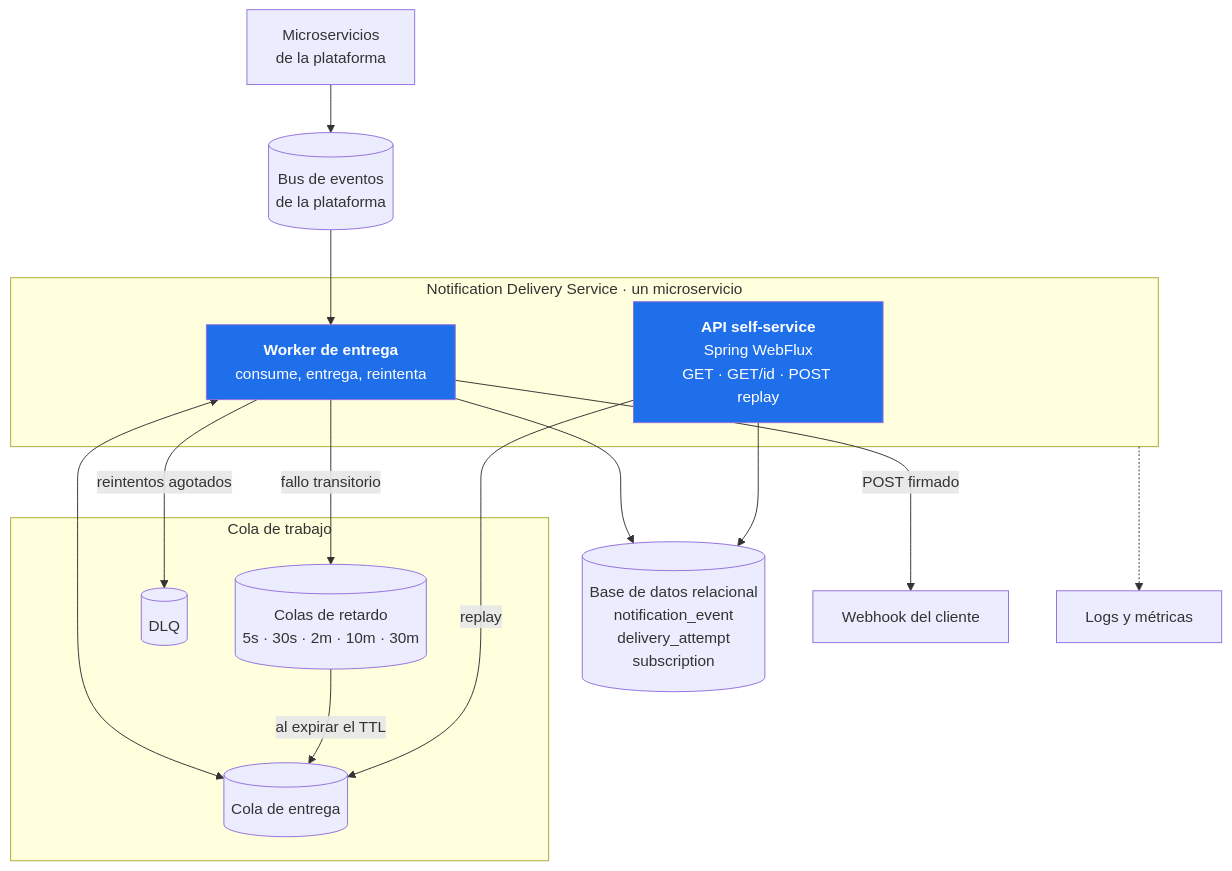
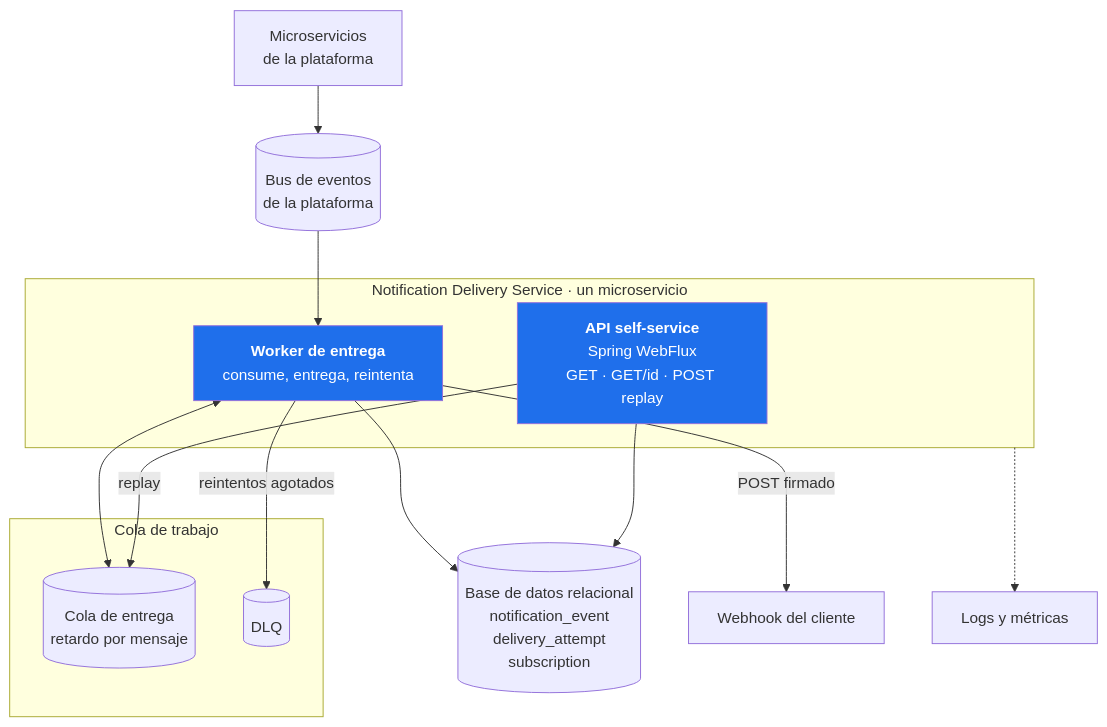
The second of 7 diagrams in docs/01-diseno-del-sistema.md (ssalaza7/cobre-notification-delivery), drawn with Mermaid before and after one commit. The commit also changed other lines of this file and 2 other files, not shown here.

````diff
--- a/docs/01-diseno-del-sistema.md
+++ b/docs/01-diseno-del-sistema.md
@@ -64,35 +54,31 @@
 ```mermaid
 flowchart TB
     platform["Microservicios<br/>de la plataforma"]
-
     bus[("Bus de eventos<br/>de la plataforma")]
 
     subgraph service["Notification Delivery Service · un microservicio"]
         api["<b>API self-service</b><br/>Spring WebFlux<br/>GET · GET/id · POST replay"]
         worker["<b>Worker de entrega</b><br/>consume, entrega, reintenta"]
     end
 
     subgraph queues["Cola de trabajo"]
-        dq[("Cola de entrega")]
-        rq[("Colas de retardo<br/>5s · 30s · 2m · 10m · 30m")]
+        dq[("Cola de entrega<br/>retardo por mensaje")]
         dlq[("DLQ")]
     end
 
     db[("Base de datos relacional<br/>notification_event<br/>delivery_attempt<br/>subscription")]
     hook["Webhook del cliente"]
     obs["Logs y métricas"]
 
     platform --> bus --> worker
     worker <--> dq
-    worker -- "fallo transitorio" --> rq
-    rq -- "al expirar el TTL" --> dq
     worker -- "reintentos agotados" --> dlq
     worker -- "POST firmado" --> hook
     worker --> db
     api --> db
     api -- "replay" --> dq
     service -.-> obs
 
     style api fill:#1f6feb,color:#fff
     style worker fill:#1f6feb,color:#fff
 ```
````
